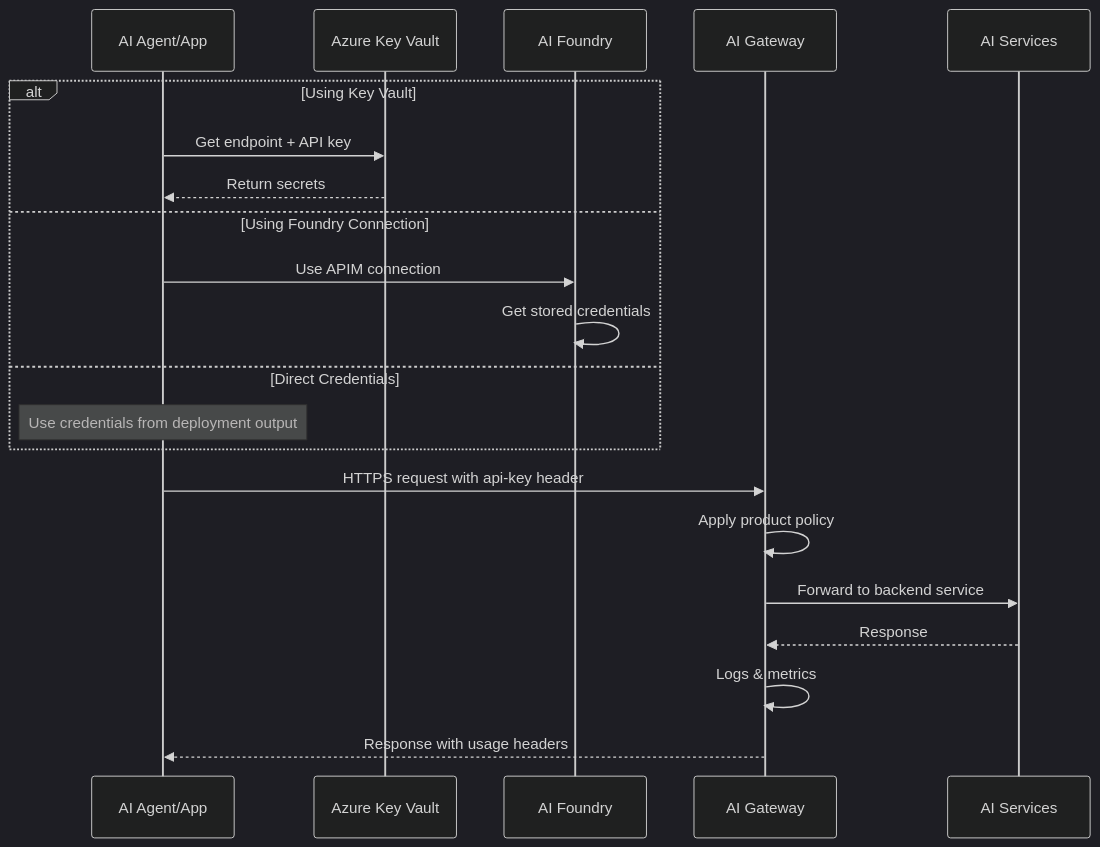
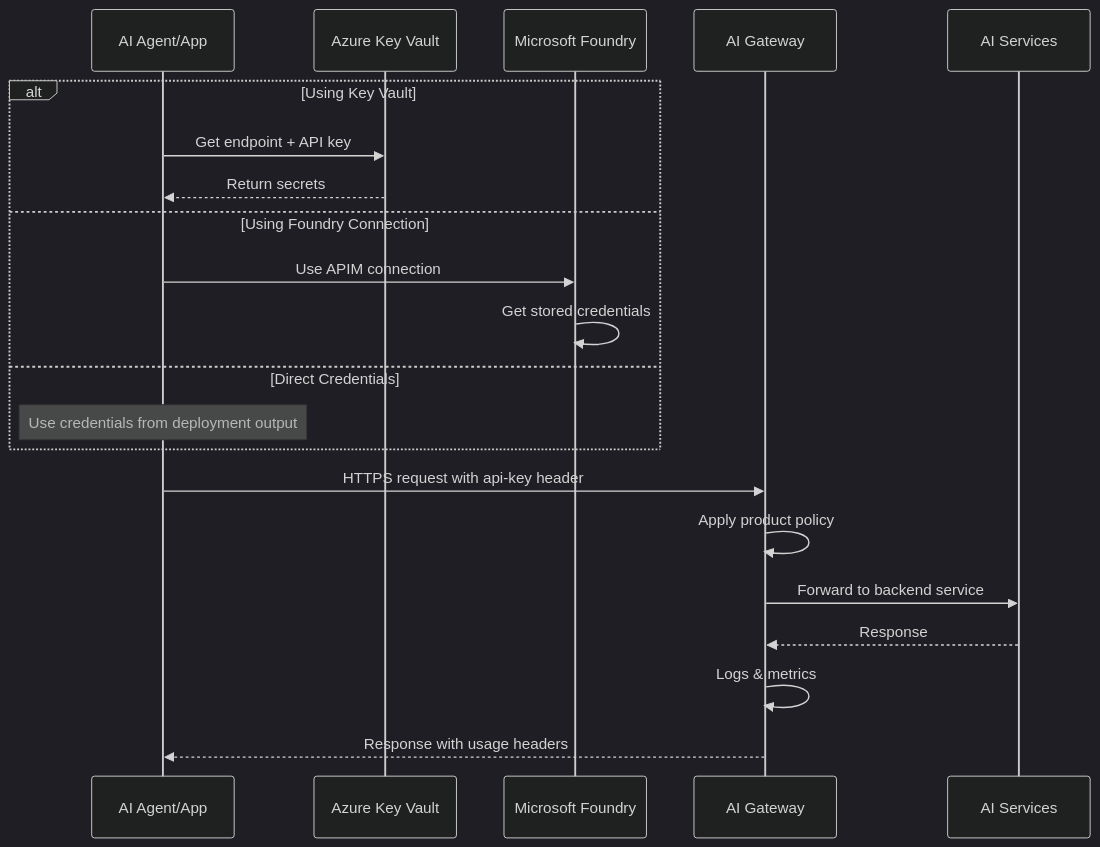
The second of 2 diagrams in bicep/infra/citadel-access-contracts/README.md (MSBrett/ai-hub-gateway-solution-accelerator), drawn with Mermaid (dark theme) before and after one commit. The commit also changed other lines of this file and 1 other file, not shown here.

````diff
--- a/bicep/infra/citadel-access-contracts/README.md
+++ b/bicep/infra/citadel-access-contracts/README.md
@@ -99,25 +99,25 @@
 ```mermaid
 sequenceDiagram
     participant App as AI Agent/App
     participant KV as Azure Key Vault
-    participant Foundry as AI Foundry
+    participant Foundry as Microsoft Foundry
     participant APIM as AI Gateway
     participant AI as AI Services
 
     alt Using Key Vault
         App->>KV: Get endpoint + API key
         KV-->>App: Return secrets
     else Using Foundry Connection
         App->>Foundry: Use APIM connection
         Foundry->>Foundry: Get stored credentials
     else Direct Credentials
         Note over App: Use credentials from deployment output
     end
     
     App->>APIM: HTTPS request with api-key header
     APIM->>APIM: Apply product policy
     APIM->>AI: Forward to backend service
     AI-->>APIM: Response
     APIM->>APIM: Logs & metrics
     APIM-->>App: Response with usage headers
 ```
````
